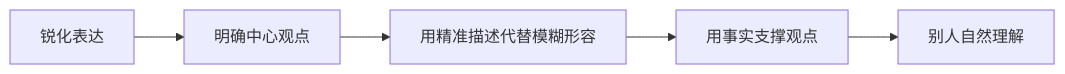
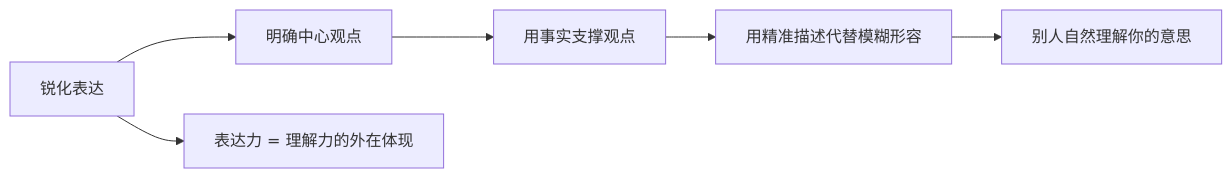
The tenth of 12 diagrams in 10.自我进阶提升书/06.语言沟通的演进/6.3理解能力的锻炼.md (chongyang211/YCBookBlog), drawn with Mermaid before and after one commit. The commit also changed other lines of this file, not shown here.

````diff
--- a/10.自我进阶提升书/06.语言沟通的演进/6.3理解能力的锻炼.md
+++ b/10.自我进阶提升书/06.语言沟通的演进/6.3理解能力的锻炼.md
@@ -180,7 +326,8 @@
 ```mermaid
 graph LR
     A[锐化表达] --> B[明确中心观点]
-    B --> C[用精准描述代替模糊形容]
-    C --> D[用事实支撑观点]
-    D --> E[别人自然理解]
+    B --> C[用事实支撑观点]
+    C --> D[用精准描述代替模糊形容]
+    D --> E[别人自然理解你的意思]
+    A --> F[表达力 = 理解力的外在体现]
 ```
````
